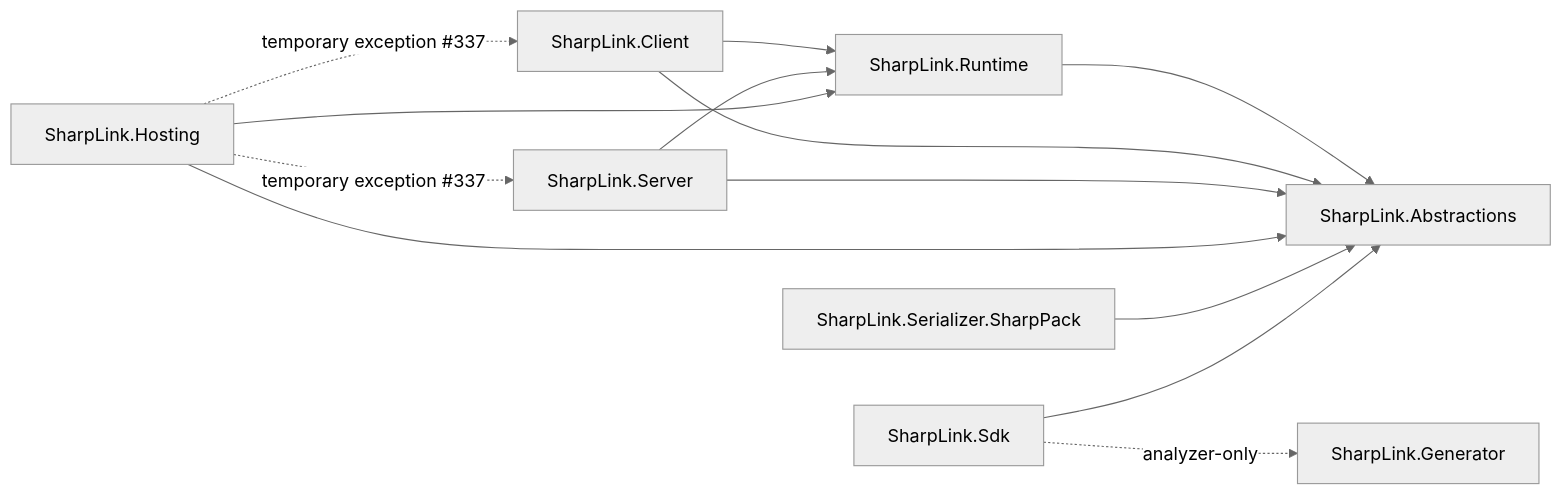
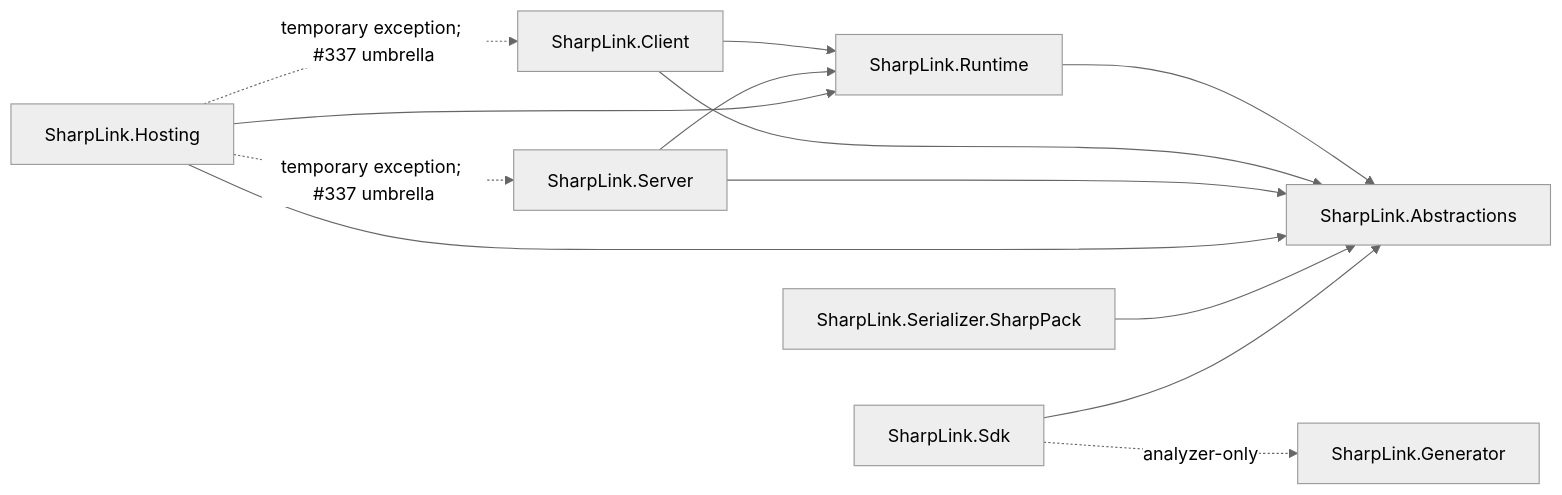
The diagram in doc/project-reference-boundaries.md (SunSi12138/SharpLink), drawn with Mermaid (neutral theme) before and after one commit. The commit also changed other lines of this file, not shown here.

````diff
--- a/doc/project-reference-boundaries.md
+++ b/doc/project-reference-boundaries.md
@@ -26,15 +28,15 @@
 ```mermaid
 graph LR
     Runtime[SharpLink.Runtime] --> Abstractions[SharpLink.Abstractions]
     Client[SharpLink.Client] --> Runtime
     Client --> Abstractions
     Server[SharpLink.Server] --> Runtime
     Server --> Abstractions
     Hosting[SharpLink.Hosting] --> Runtime
     Hosting --> Abstractions
     Serializer[SharpLink.Serializer.SharpPack] --> Abstractions
     Sdk[SharpLink.Sdk] --> Abstractions
     Sdk -. analyzer-only .-> Generator[SharpLink.Generator]
-    Hosting -. temporary exception #337 .-> Client
-    Hosting -. temporary exception #337 .-> Server
+    Hosting -. temporary exception; #337 umbrella .-> Client
+    Hosting -. temporary exception; #337 umbrella .-> Server
 ```
````
